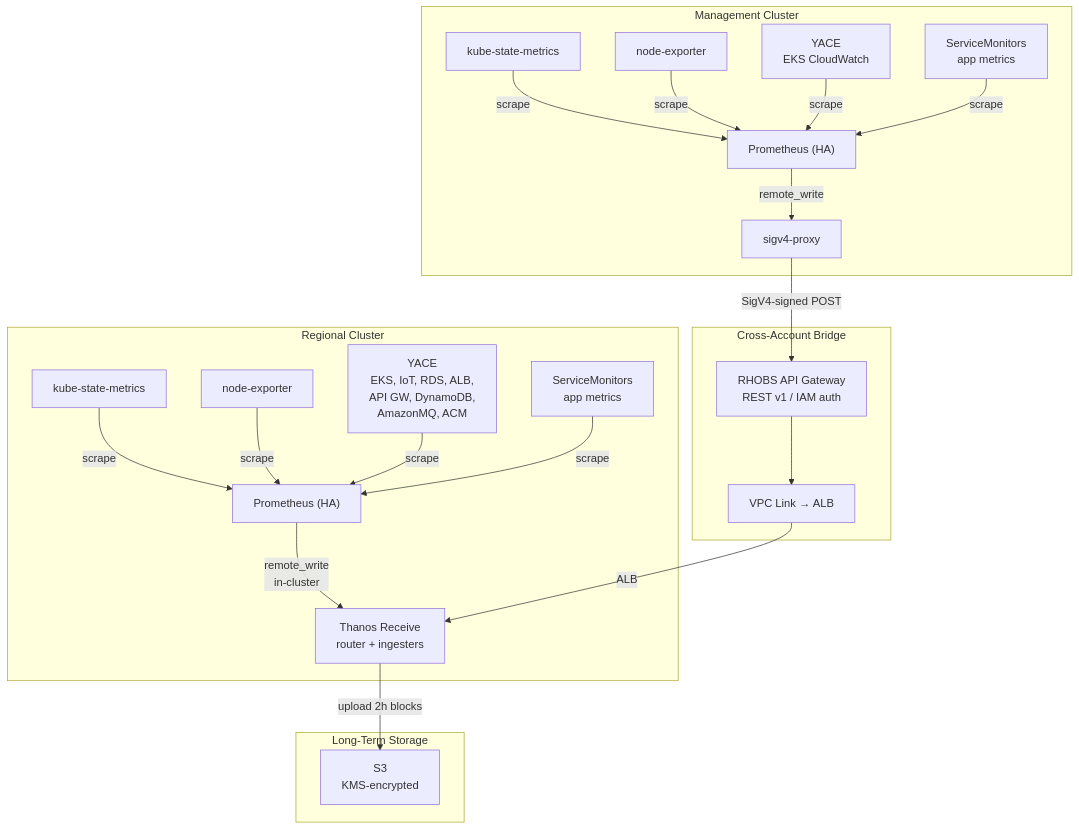
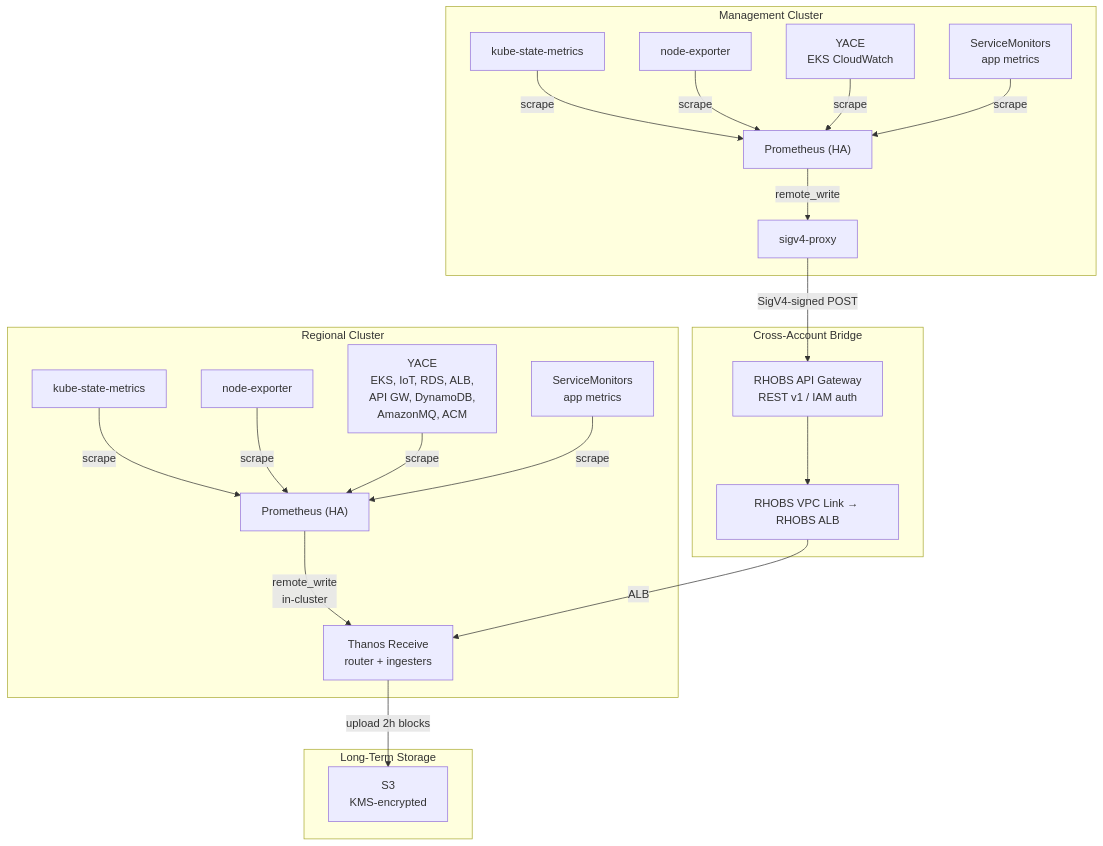
Before and after one commit to rosa-regional-platform-ci/rosa-regional-platform: the first of 2 diagrams in docs/design/monitoring-platform.md, drawn with Mermaid. The commit also changed 12 other files, not shown here.

First line of the commit message:
feat: add dedicated ALB and networking to RHOBS API Gateway module

````diff
--- a/docs/design/monitoring-platform.md
+++ b/docs/design/monitoring-platform.md
@@ -13,43 +13,43 @@
 ```mermaid
 graph TB
     subgraph MC["Management Cluster"]
         MC_KSM["kube-state-metrics"]
         MC_NE["node-exporter"]
         MC_YACE["YACE<br/>EKS CloudWatch"]
         MC_SM["ServiceMonitors<br/>app metrics"]
         MC_PROM["Prometheus (HA)"]
         MC_SIGV4["sigv4-proxy"]
         MC_KSM -->|scrape| MC_PROM
         MC_NE -->|scrape| MC_PROM
         MC_YACE -->|scrape| MC_PROM
         MC_SM -->|scrape| MC_PROM
         MC_PROM -->|remote_write| MC_SIGV4
     end
 
     subgraph APIGW["Cross-Account Bridge"]
         GW["RHOBS API Gateway<br/>REST v1 / IAM auth"]
-        VPC["VPC Link → ALB"]
+        VPC["RHOBS VPC Link → RHOBS ALB"]
         MC_SIGV4 -->|SigV4-signed POST| GW
         GW --> VPC
     end
 
     subgraph RC["Regional Cluster"]
         RC_KSM["kube-state-metrics"]
         RC_NE["node-exporter"]
         RC_YACE["YACE<br/>EKS, IoT, RDS, ALB,<br/>API GW, DynamoDB,<br/>AmazonMQ, ACM"]
         RC_SM["ServiceMonitors<br/>app metrics"]
         RC_PROM["Prometheus (HA)"]
         RECEIVE["Thanos Receive<br/>router + ingesters"]
         RC_KSM -->|scrape| RC_PROM
         RC_NE -->|scrape| RC_PROM
         RC_YACE -->|scrape| RC_PROM
         RC_SM -->|scrape| RC_PROM
         RC_PROM -->|remote_write<br/>in-cluster| RECEIVE
         VPC -->|ALB| RECEIVE
     end
 
     subgraph STORAGE["Long-Term Storage"]
         S3["S3<br/>KMS-encrypted"]
         RECEIVE -->|upload 2h blocks| S3
     end
 ```
````
